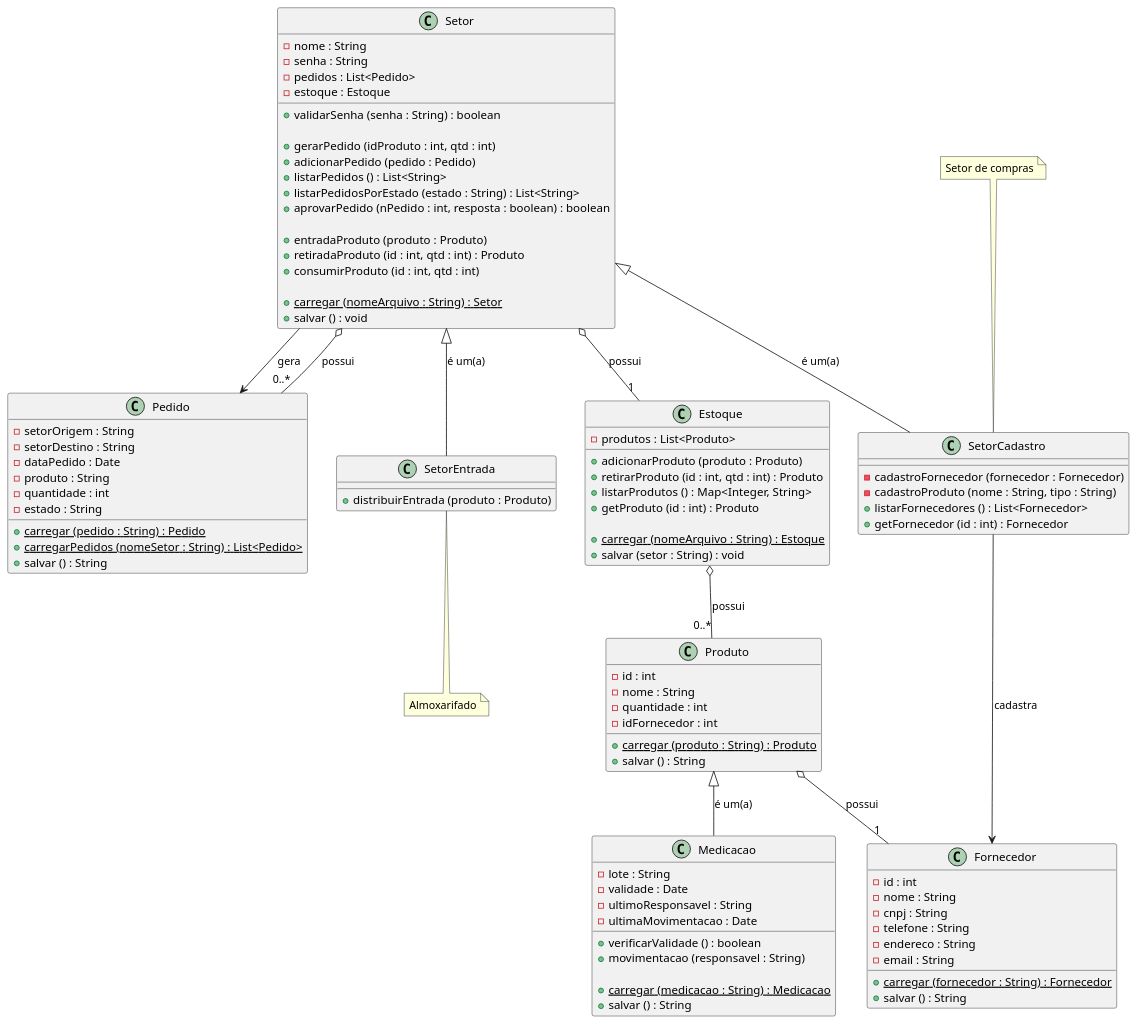
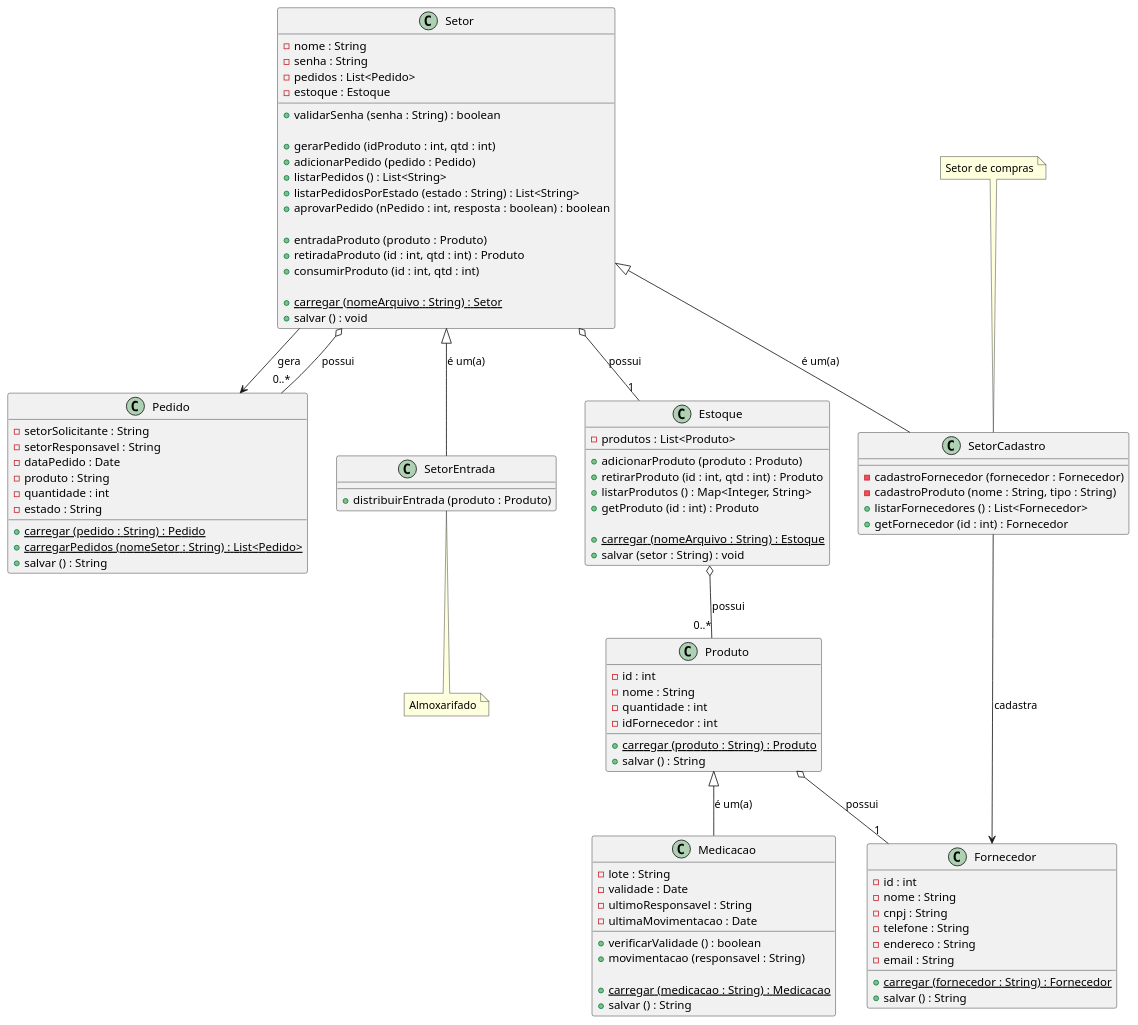
One commit to B4Hive/HealthStock changed the diagram in plant.puml. Above: the diagram before and after it, drawn with PlantUML. The commit also changed 20 other files, not shown here.

```diff
--- a/plant.puml
+++ b/plant.puml
@@ -1,122 +1,122 @@
 @startuml HealthStock
 
 class Fornecedor {
   - id : int
   - nome : String
   - cnpj : String
   - telefone : String
   - endereco : String
   - email : String
 
   + {static} carregar (fornecedor : String) : Fornecedor
   + salvar () : String
 }
 
 class Produto {
   - id : int
   - nome : String
   - quantidade : int
   - idFornecedor : int
 
   + {static} carregar (produto : String) : Produto
   + salvar () : String
 }
 
 class Medicacao {
   - lote : String
   - validade : Date
   - ultimoResponsavel : String
   - ultimaMovimentacao : Date
   
   + verificarValidade () : boolean
   + movimentacao (responsavel : String)
 
   + {static} carregar (medicacao : String) : Medicacao
   + salvar () : String
 }
 
 class Estoque {
   - produtos : List<Produto>
 
   + adicionarProduto (produto : Produto)
   + retirarProduto (id : int, qtd : int) : Produto
   + listarProdutos () : Map<Integer, String>
   + getProduto (id : int) : Produto
 
   + {static} carregar (nomeArquivo : String) : Estoque
   + salvar (setor : String) : void
 }
 
 class Pedido {
-  - setorOrigem : String
-  - setorDestino : String
+  - setorSolicitante : String
+  - setorResponsavel : String
   - dataPedido : Date
   - produto : String
   - quantidade : int
   - estado : String
 
   + {static} carregar (pedido : String) : Pedido
   + {static} carregarPedidos (nomeSetor : String) : List<Pedido>
   + salvar () : String
 }
 
 class Setor {
   - nome : String
   - senha : String
   - pedidos : List<Pedido>
   - estoque : Estoque
 
   + validarSenha (senha : String) : boolean
 
   + gerarPedido (idProduto : int, qtd : int)
   + adicionarPedido (pedido : Pedido)
   + listarPedidos () : List<String>
   + listarPedidosPorEstado (estado : String) : List<String>
   + aprovarPedido (nPedido : int, resposta : boolean) : boolean 
 
   + entradaProduto (produto : Produto)
   + retiradaProduto (id : int, qtd : int) : Produto
   + consumirProduto (id : int, qtd : int)
 
   + {static} carregar (nomeArquivo : String) : Setor
   + salvar () : void
 }
 
 class SetorEntrada {
   + distribuirEntrada (produto : Produto)
 }
 
 class SetorCadastro {
   - cadastroFornecedor (fornecedor : Fornecedor)
   - cadastroProduto (nome : String, tipo : String)
   + listarFornecedores () : List<Fornecedor>
   + getFornecedor (id : int) : Fornecedor
 }
 
 Setor <|-- SetorEntrada : é um(a)
 
 Setor <|-- SetorCadastro : é um(a)
 
 Produto <|-- Medicacao : é um(a)
 
 Produto o-- "1" Fornecedor : possui
 
 Setor o-- "1" Estoque : possui
 
 Setor --> Pedido : gera
 
 Setor o-- "0..*" Pedido : possui
 
 Estoque o-- "0..*" Produto : possui
 
 SetorCadastro --> Fornecedor : cadastra
 
 note top of SetorCadastro
   Setor de compras
 end note
 
 note bottom of SetorEntrada
   Almoxarifado
 end note
 
 @enduml
```
